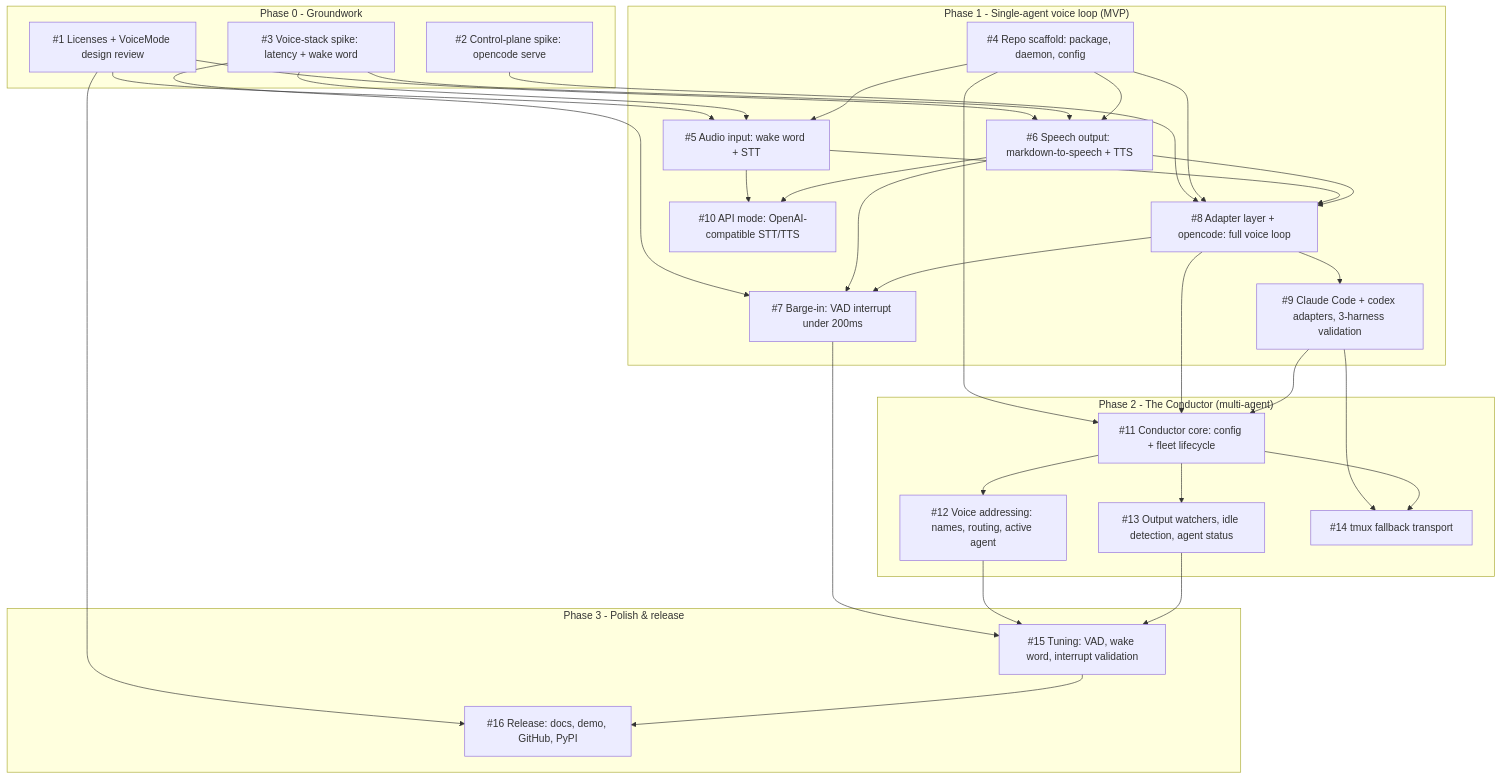
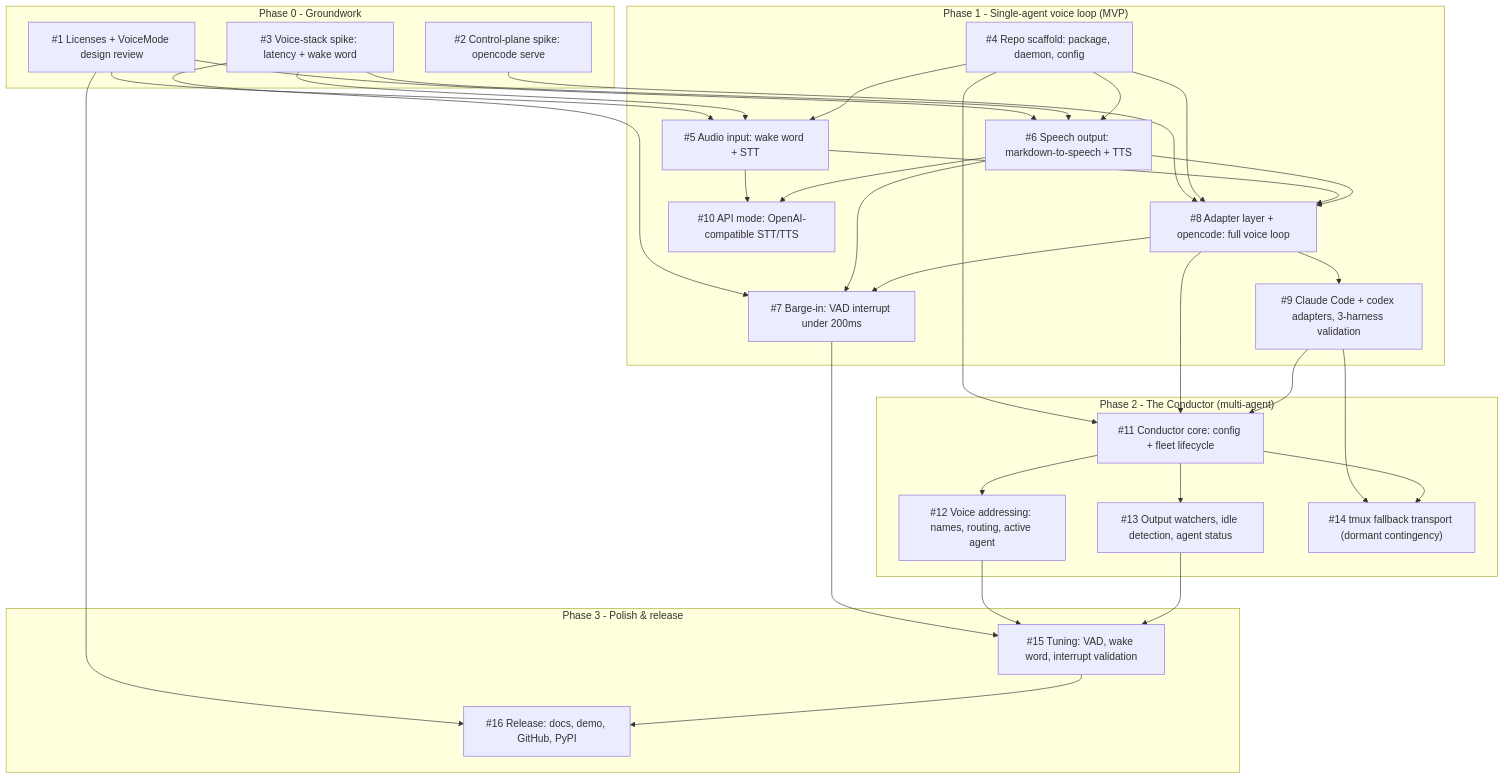
The diagram in docs/dependency-graph.md (talibilat/vox), drawn with Mermaid before and after one commit. The commit also changed other lines of this file and 3 other files, not shown here.

````diff
--- a/docs/dependency-graph.md
+++ b/docs/dependency-graph.md
@@ -10,59 +10,59 @@
 ```mermaid
 graph TD
     subgraph Phase0["Phase 0 - Groundwork"]
         I1["#1 Licenses + VoiceMode design review"]
         I2["#2 Control-plane spike: opencode serve"]
         I3["#3 Voice-stack spike: latency + wake word"]
     end
 
     subgraph Phase1["Phase 1 - Single-agent voice loop (MVP)"]
         I4["#4 Repo scaffold: package, daemon, config"]
         I5["#5 Audio input: wake word + STT"]
         I6["#6 Speech output: markdown-to-speech + TTS"]
         I7["#7 Barge-in: VAD interrupt under 200ms"]
         I8["#8 Adapter layer + opencode: full voice loop"]
         I9["#9 Claude Code + codex adapters, 3-harness validation"]
         I10["#10 API mode: OpenAI-compatible STT/TTS"]
     end
 
     subgraph Phase2["Phase 2 - The Conductor (multi-agent)"]
         I11["#11 Conductor core: config + fleet lifecycle"]
         I12["#12 Voice addressing: names, routing, active agent"]
         I13["#13 Output watchers, idle detection, agent status"]
-        I14["#14 tmux fallback transport"]
+        I14["#14 tmux fallback transport (dormant contingency)"]
     end
 
     subgraph Phase3["Phase 3 - Polish & release"]
         I15["#15 Tuning: VAD, wake word, interrupt validation"]
         I16["#16 Release: docs, demo, GitHub, PyPI"]
     end
 
     I1 --> I5
     I1 --> I6
     I1 --> I16
     I2 --> I8
     I3 --> I5
     I3 --> I6
     I3 --> I7
     I4 --> I5
     I4 --> I6
     I4 --> I8
     I4 --> I11
     I5 --> I8
     I5 --> I10
     I6 --> I7
     I6 --> I8
     I6 --> I10
     I8 --> I7
     I8 --> I9
     I8 --> I11
     I9 --> I11
     I9 --> I14
     I11 --> I12
     I11 --> I13
     I11 --> I14
     I7 --> I15
     I12 --> I15
     I13 --> I15
     I15 --> I16
 ```
````
